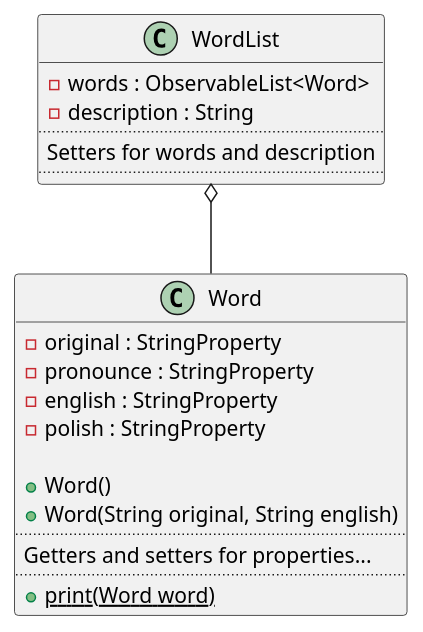
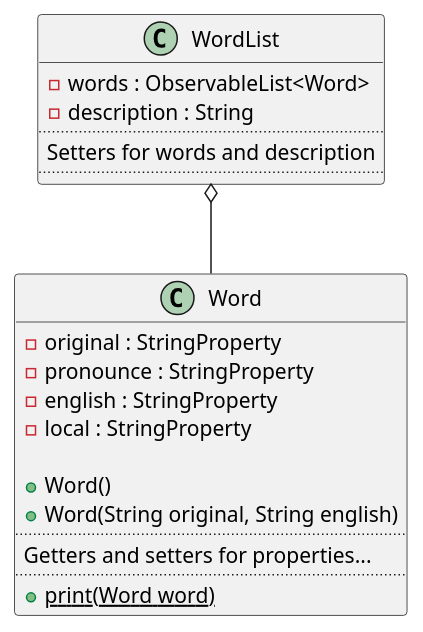
The diagram in planning/resources/data/Word.puml (wdyczko/nihongo), drawn with PlantUML before and after one commit. The commit also changed 14 other files, not shown here.

Commit message:
Refactorization polish -> local for other languages customization added

```diff
--- a/planning/resources/data/Word.puml
+++ b/planning/resources/data/Word.puml
@@ -1,27 +1,27 @@
 @startuml
 
 class Word {
     - original : StringProperty
     - pronounce : StringProperty
     - english : StringProperty
-    - polish : StringProperty
+    - local : StringProperty
 
     + Word()
     + Word(String original, String english)
     ..
     Getters and setters for properties...
     ..
     + {static} print(Word word)
 }
 
 class WordList {
     - words : ObservableList<Word>
     - description : String
     ..
     Setters for words and description
     ..
 }
 
 WordList o-- Word
 
 @enduml
```
